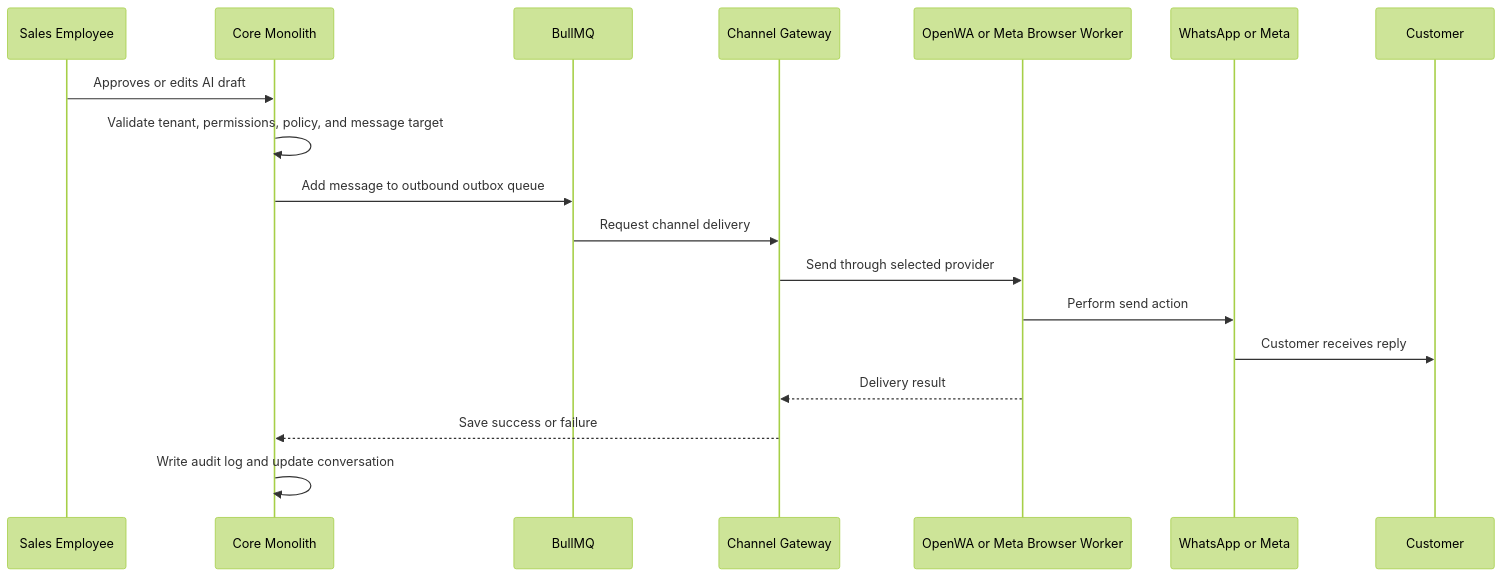
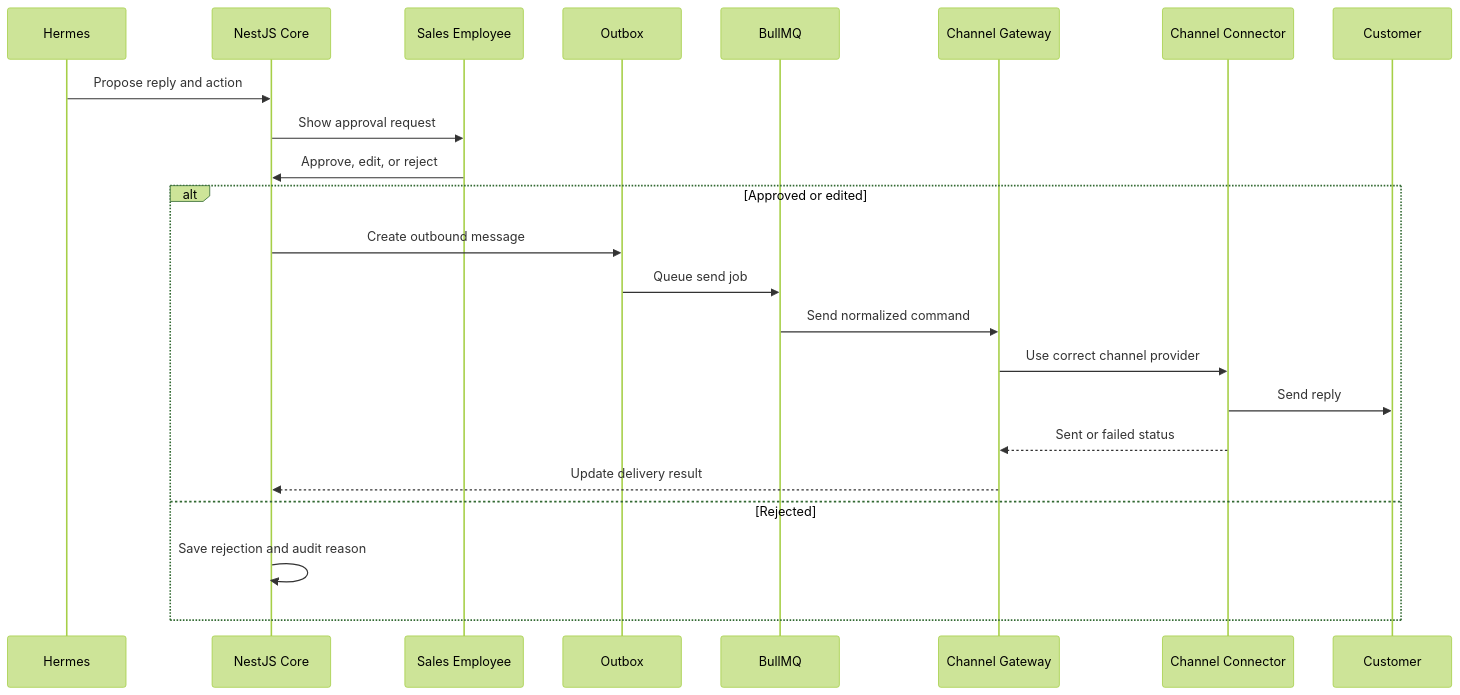
One commit to Metwally-Sayed/ai-sales-automation-architecture changed the fifth of 7 diagrams in README.md. Above: the diagram before and after it, drawn with Mermaid (forest theme). The commit also changed other lines of this file, not shown here.

Commit message:
docs: replace complex diagram with clear architecture views

````diff
--- a/README.md
+++ b/README.md
@@ -526,21 +294,27 @@
 ```mermaid
 sequenceDiagram
+    participant H as Hermes
+    participant APP as NestJS Core
     participant E as Sales Employee
-    participant M as Core Monolith
+    participant O as Outbox
     participant Q as BullMQ
     participant G as Channel Gateway
-    participant X as OpenWA or Meta Browser Worker
-    participant P as WhatsApp or Meta
+    participant CO as Channel Connector
     participant C as Customer
 
-    E->>M: Approves or edits AI draft
-    M->>M: Validate tenant, permissions, policy, and message target
-    M->>Q: Add message to outbound outbox queue
-    Q->>G: Request channel delivery
-    G->>X: Send through selected provider
-    X->>P: Perform send action
-    P->>C: Customer receives reply
-    X-->>G: Delivery result
-    G-->>M: Save success or failure
-    M->>M: Write audit log and update conversation
+    H->>APP: Propose reply and action
+    APP->>E: Show approval request
+    E->>APP: Approve, edit, or reject
+
+    alt Approved or edited
+        APP->>O: Create outbound message
+        O->>Q: Queue send job
+        Q->>G: Send normalized command
+        G->>CO: Use correct channel provider
+        CO->>C: Send reply
+        CO-->>G: Sent or failed status
+        G-->>APP: Update delivery result
+    else Rejected
+        APP->>APP: Save rejection and audit reason
+    end
 ```
````
